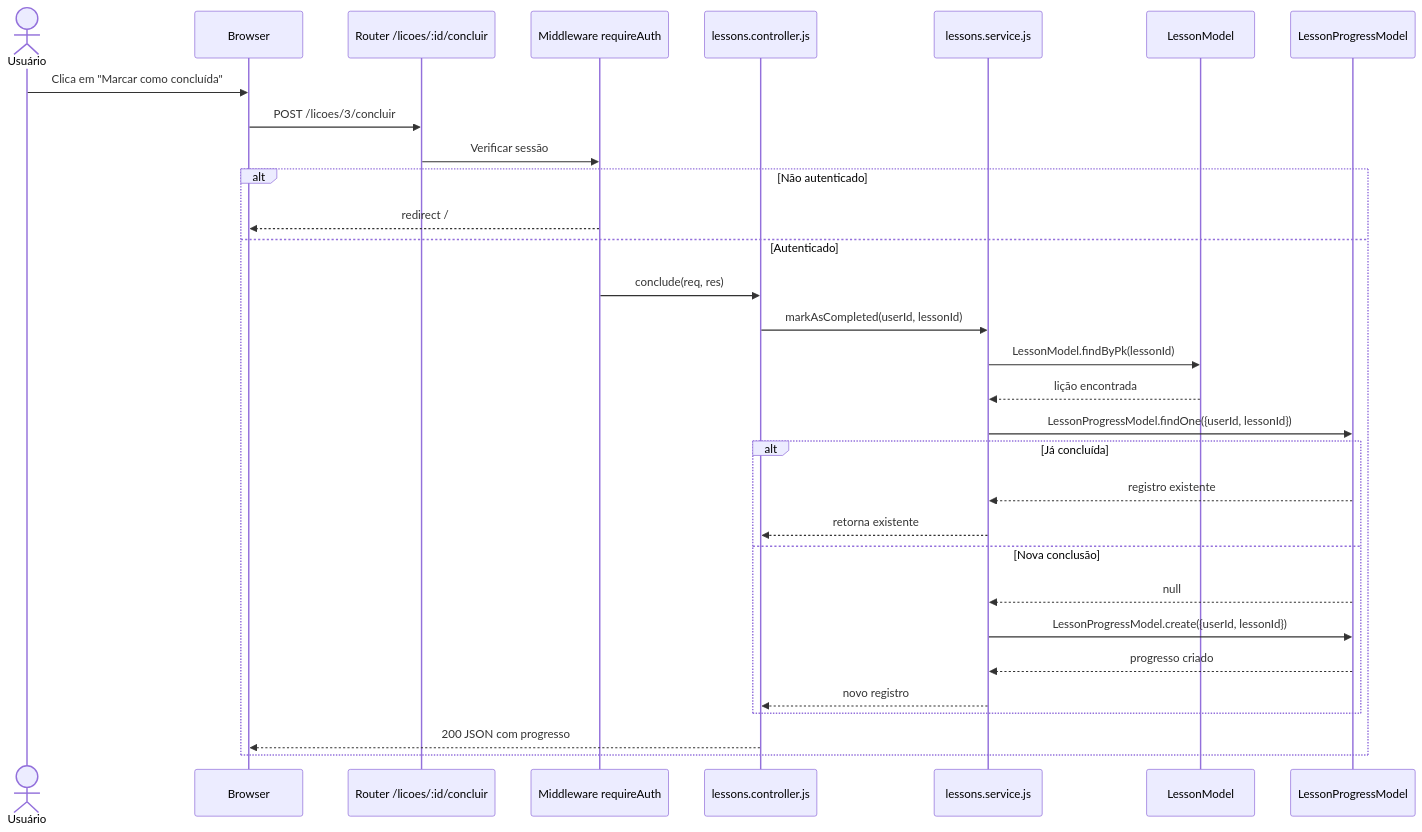
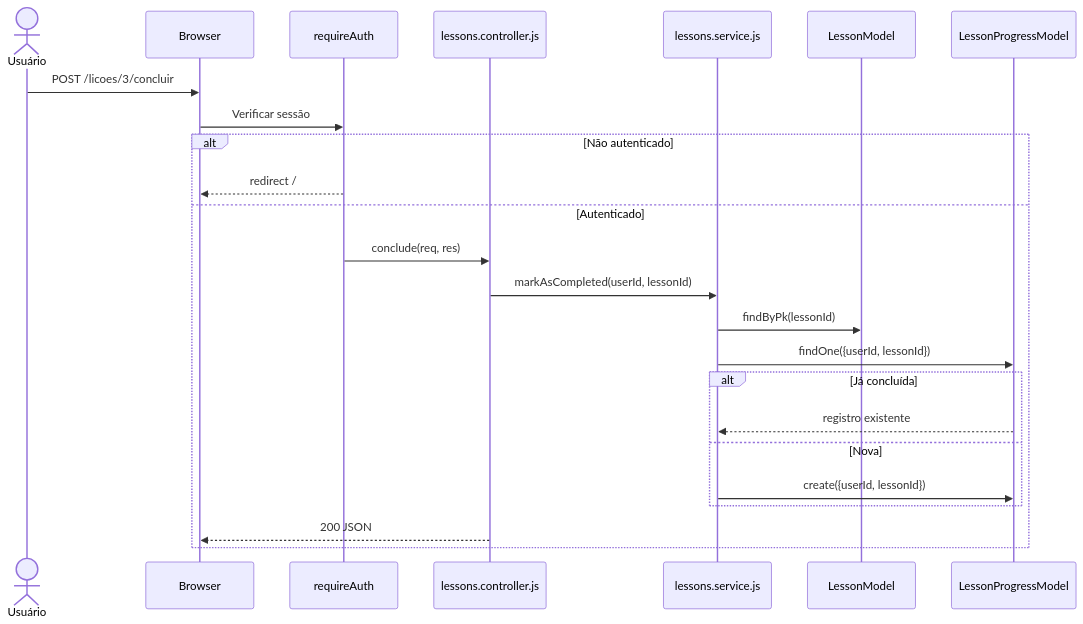
One commit to amandhakae/CodeLab changed the first of 2 diagrams in RELATORIO_N3.md. Above: the diagram before and after it, drawn with Mermaid. The commit also changed other lines of this file, not shown here.

````diff
--- a/RELATORIO_N3.md
+++ b/RELATORIO_N3.md
@@ -133,34 +105,27 @@
 ```mermaid
 sequenceDiagram
     actor U as Usuário
     participant B as Browser
-    participant R as Router /licoes/:id/concluir
-    participant M as Middleware requireAuth
+    participant M as requireAuth
     participant C as lessons.controller.js
     participant S as lessons.service.js
     participant L as LessonModel
     participant P as LessonProgressModel
 
-    U->>B: Clica em "Marcar como concluída"
-    B->>R: POST /licoes/3/concluir
-    R->>M: Verificar sessão
+    U->>B: POST /licoes/3/concluir
+    B->>M: Verificar sessão
     alt Não autenticado
         M-->>B: redirect /
     else Autenticado
         M->>C: conclude(req, res)
         C->>S: markAsCompleted(userId, lessonId)
-        S->>L: LessonModel.findByPk(lessonId)
-        L-->>S: lição encontrada
-        S->>P: LessonProgressModel.findOne({userId, lessonId})
+        S->>L: findByPk(lessonId)
+        S->>P: findOne({userId, lessonId})
         alt Já concluída
             P-->>S: registro existente
-            S-->>C: retorna existente
-        else Nova conclusão
-            P-->>S: null
-            S->>P: LessonProgressModel.create({userId, lessonId})
-            P-->>S: progresso criado
-            S-->>C: novo registro
+        else Nova
+            S->>P: create({userId, lessonId})
         end
-        C-->>B: 200 JSON com progresso
+        C-->>B: 200 JSON
     end
 ```
````
